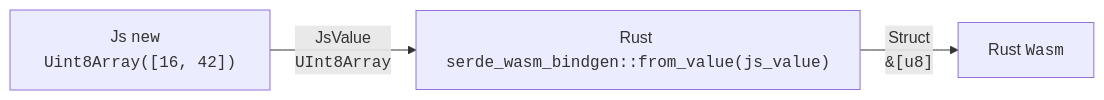
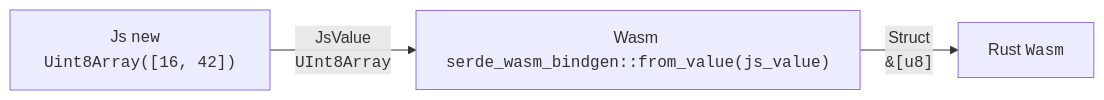
Before and after one commit to gist-rs/book: the first of 3 diagrams in src/wasm/serialize-js-data.md, drawn with Mermaid. The commit also changed other lines of this file, not shown here.

Commit message:
use wasm

````diff
--- a/src/wasm/serialize-js-data.md
+++ b/src/wasm/serialize-js-data.md
@@ -7,4 +7,4 @@
    ```mermaid
    graph LR
-    A["Js <code>new Uint8Array([16, 42])</code>"] --JsValue<br><code>UInt8Array</code>--> B["Rust <code>serde_wasm_bindgen::from_value(js_value)</code>"] --"Struct<br><code>&[u8]</code>"--> C[Rust <code>Wasm</code>]
+    A["Js <code>new Uint8Array([16, 42])</code>"] --JsValue<br><code>UInt8Array</code>--> B["Wasm <code>serde_wasm_bindgen::from_value(js_value)</code>"] --"Struct<br><code>&[u8]</code>"--> C[Rust <code>Wasm</code>]
    ```
````
